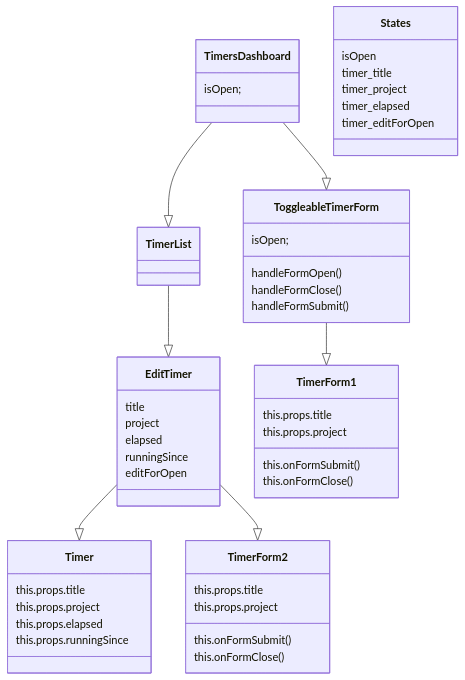
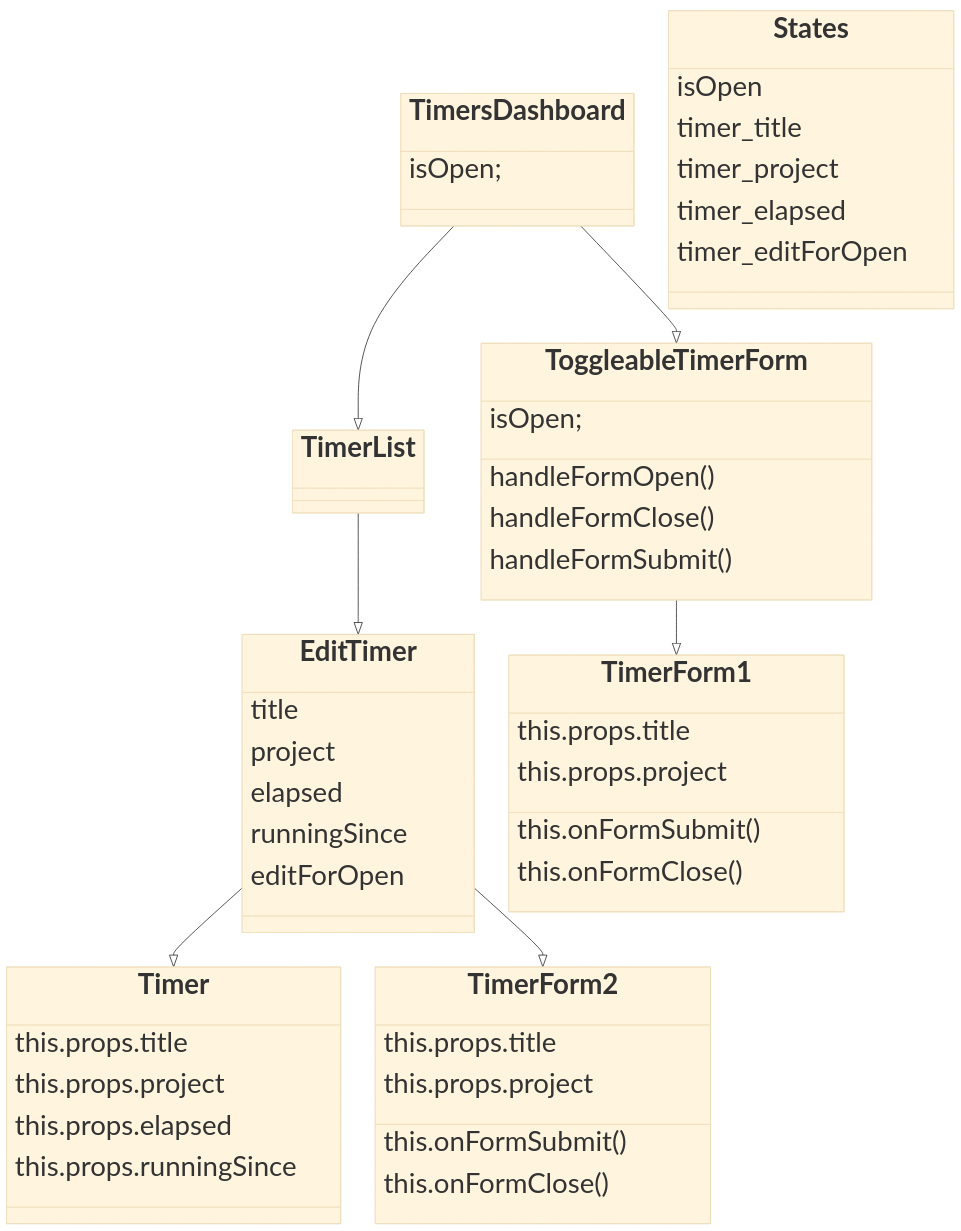
The diagram in timer_project.md (barnwalp/timer), drawn with Mermaid before and after one commit.

Commit message:
doc/state and props structure

````diff
--- a/timer_project.md
+++ b/timer_project.md
@@ -1,53 +1,62 @@
 ```mermaid
-classDiagram
-    TimersDashboard --|> TimerList
-    TimersDashboard --|> ToggleableTimerForm
-    TimerList --|> EditTimer
-    ToggleableTimerForm --|> TimerForm1
-    EditTimer --|> Timer
-    EditTimer --|> TimerForm2
-    class TimersDashboard{
-    	isOpen;
-    }
-    class ToggleableTimerForm {
-    	isOpen;
-    	handleFormOpen()
-    	handleFormClose()
-    	handleFormSubmit()
-    }
-    class EditTimer {
-    }
-    class EditTimer {
-    	title
-    	project
-    	elapsed
-    	runningSince
-    	editForOpen
-    }
-    class TimerForm1 {
-    	this.props.title
-    	this.props.project
-    	this.onFormSubmit()
-    	this.onFormClose()
-    }
-    class TimerForm2 {
-    	this.props.title
-    	this.props.project
-    	this.onFormSubmit()
-    	this.onFormClose()
-    }
-    class Timer {
-    	this.props.title
-    	this.props.project
-    	this.props.elapsed
-    	this.props.runningSince
-    }
-    
-class States{
-	isOpen
-	timer_title
-	timer_project
-	timer_elapsed
-	timer_editForOpen
-}
+%%{
+	init: {
+		'theme': 'base', 
+		'themeVariables': { 
+			"fontSize": "40px", 
+			'fontFamily': 'Inter'
+			}
+		}
+	}%%
+  classDiagram
+      TimersDashboard --|> TimerList
+      TimersDashboard --|> ToggleableTimerForm
+      TimerList --|> EditTimer
+      ToggleableTimerForm --|> TimerForm1
+      EditTimer --|> Timer
+      EditTimer --|> TimerForm2
+      class TimersDashboard{
+        isOpen;
+      }
+      class ToggleableTimerForm {
+        isOpen;
+        handleFormOpen()
+        handleFormClose()
+        handleFormSubmit()
+      }
+      class EditTimer {
+      }
+      class EditTimer {
+        title
+        project
+        elapsed
+        runningSince
+        editForOpen
+      }
+      class TimerForm1 {
+        this.props.title
+        this.props.project
+        this.onFormSubmit()
+        this.onFormClose()
+      }
+      class TimerForm2 {
+        this.props.title
+        this.props.project
+        this.onFormSubmit()
+        this.onFormClose()
+      }
+      class Timer {
+        this.props.title
+        this.props.project
+        this.props.elapsed
+        this.props.runningSince
+      }
+
+  class States{
+    isOpen
+    timer_title
+    timer_project
+    timer_elapsed
+    timer_editForOpen
+  }
 ```
````
